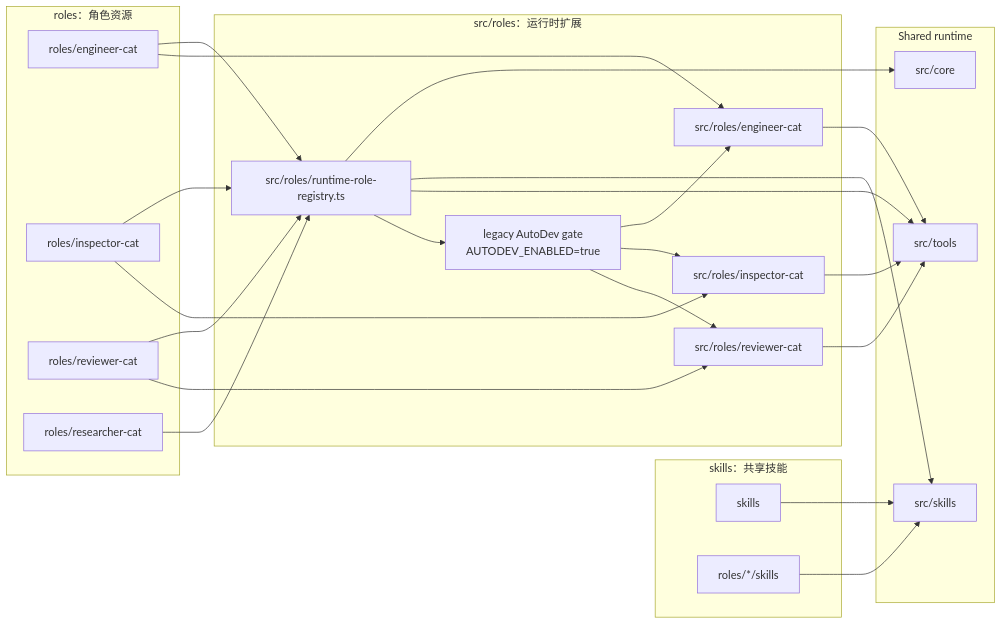
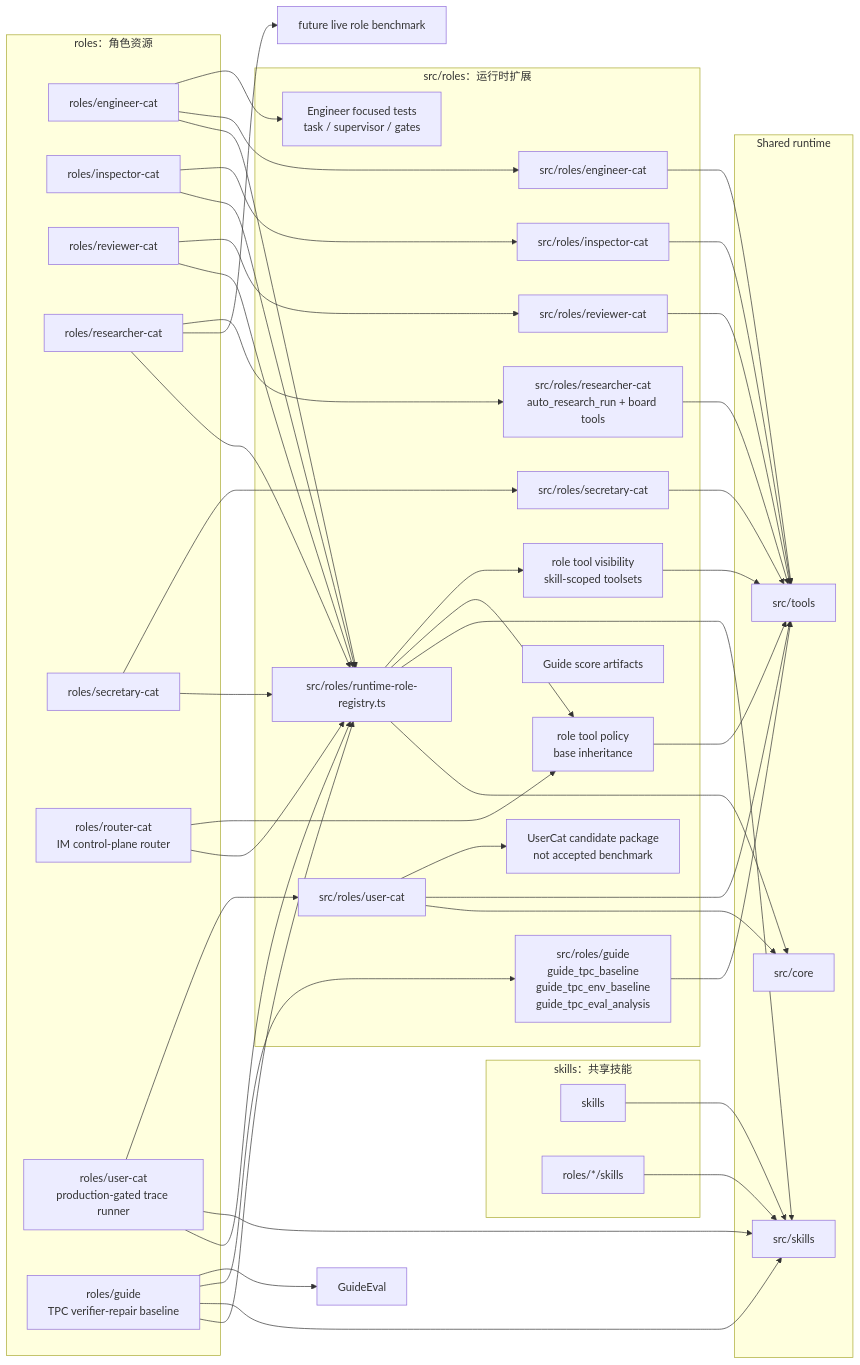
The first of 2 diagrams in roles/SPEC.md (fightheyyy/XiaoBa-CLI), drawn with Mermaid before and after one commit. The commit also changed other lines of this file and 271 other files, not shown here.

````diff
--- a/roles/SPEC.md
+++ b/roles/SPEC.md
@@ -47,48 +53,79 @@
 ```mermaid
 flowchart LR
     subgraph RoleDocs["roles：角色资源"]
         Engineer["roles/engineer-cat"]
         Inspector["roles/inspector-cat"]
         Reviewer["roles/reviewer-cat"]
         Researcher["roles/researcher-cat"]
+        Secretary["roles/secretary-cat"]
+        Router["roles/router-cat<br/>IM control-plane router"]
+        User["roles/user-cat<br/>production-gated trace runner"]
+        Guide["roles/guide<br/>TPC verifier-repair baseline"]
     end
 
     subgraph SkillDocs["skills：共享技能"]
         SharedSkills["skills"]
         RoleSkills["roles/*/skills"]
     end
 
     subgraph Runtime["src/roles：运行时扩展"]
         Registry["src/roles/runtime-role-registry.ts"]
-        AutoDevGate["legacy AutoDev gate<br/>AUTODEV_ENABLED=true"]
         EngineerRuntime["src/roles/engineer-cat"]
+        EngineerChecks["Engineer focused tests<br/>task / supervisor / gates"]
         InspectorRuntime["src/roles/inspector-cat"]
         ReviewerRuntime["src/roles/reviewer-cat"]
+        ResearcherRuntime["src/roles/researcher-cat<br/>auto_research_run + board tools"]
+        SecretaryRuntime["src/roles/secretary-cat"]
+        UserRuntime["src/roles/user-cat"]
+        UserCandidate["UserCat candidate package<br/>not accepted benchmark"]
+        GuideRuntime["src/roles/guide<br/>guide_tpc_baseline<br/>guide_tpc_env_baseline<br/>guide_tpc_eval_analysis"]
+        GuideEvidence["Guide score artifacts"]
+        ToolPolicy["role tool policy<br/>base inheritance"]
+        ScopedTools["role tool visibility<br/>skill-scoped toolsets"]
     end
 
     subgraph Shared["Shared runtime"]
         Core["src/core"]
         SkillRuntime["src/skills"]
         Tools["src/tools"]
     end
 
     Engineer --> Registry
     Inspector --> Registry
     Reviewer --> Registry
     Researcher --> Registry
+    Researcher --> ResearcherFutureEval["future live role benchmark"]
+    Secretary --> Registry
+    Router --> Registry
+    User --> Registry
+    Guide --> Registry
     SharedSkills --> SkillRuntime
     RoleSkills --> SkillRuntime
     Registry --> Core
     Registry --> SkillRuntime
-    Registry --> Tools
-    Registry --> AutoDevGate
+    Registry --> ToolPolicy
+    Registry --> ScopedTools
+    ToolPolicy --> Tools
+    ScopedTools --> Tools
     Engineer --> EngineerRuntime
+    Engineer --> EngineerChecks
     Inspector --> InspectorRuntime
     Reviewer --> ReviewerRuntime
-    AutoDevGate --> EngineerRuntime
-    AutoDevGate --> InspectorRuntime
-    AutoDevGate --> ReviewerRuntime
+    Researcher --> ResearcherRuntime
+    Secretary --> SecretaryRuntime
+    Router --> ToolPolicy
     EngineerRuntime --> Tools
     InspectorRuntime --> Tools
     ReviewerRuntime --> Tools
+    ResearcherRuntime --> Tools
+    SecretaryRuntime --> Tools
+    User --> SkillRuntime
+    User --> UserRuntime
+    UserRuntime --> Core
+    UserRuntime --> Tools
+    UserRuntime --> UserCandidate
+    Guide --> SkillRuntime
+    Guide --> GuideRuntime
+    GuideRuntime --> Tools
+    Guide --> GuideEval
 ```
````
